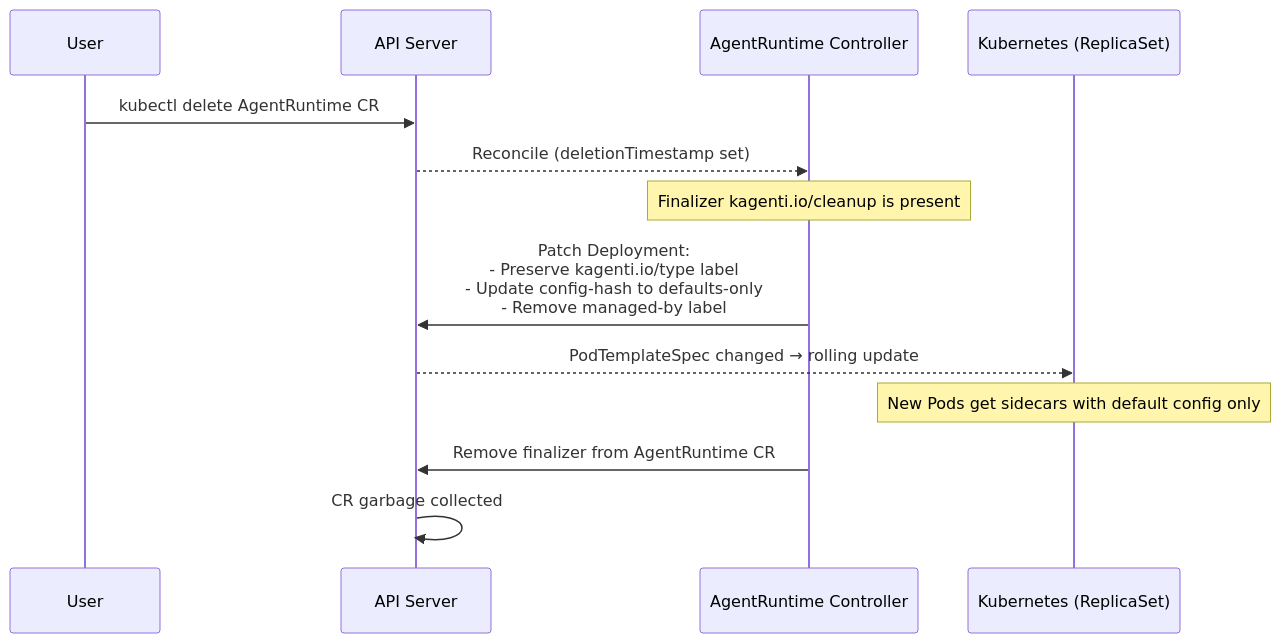
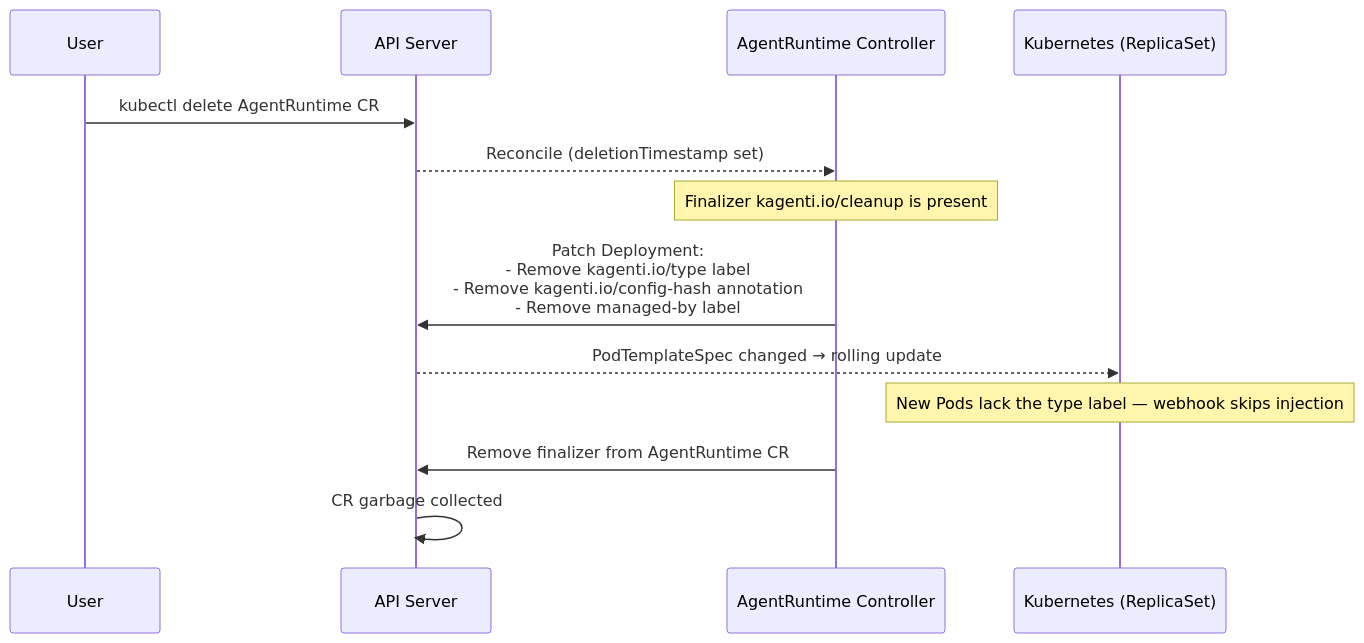
The fourth of 4 diagrams in kagenti-operator/docs/controller-webhook-interaction.md (opendatahub-io/agents-operator), drawn with Mermaid before and after one commit. The commit also changed 4 other files, not shown here.

First line of the commit message:
fix: remove kagenti.io/type label and config-hash on AgentRuntime deletion

````diff
--- a/kagenti-operator/docs/controller-webhook-interaction.md
+++ b/kagenti-operator/docs/controller-webhook-interaction.md
@@ -107,19 +107,19 @@
 ```mermaid
 sequenceDiagram
     participant User
     participant API as API Server
     participant Ctrl as AgentRuntime Controller
     participant K8s as Kubernetes (ReplicaSet)
 
     User->>API: kubectl delete AgentRuntime CR
     API-->>Ctrl: Reconcile (deletionTimestamp set)
 
     Note over Ctrl: Finalizer kagenti.io/cleanup is present
 
-    Ctrl->>API: Patch Deployment:<br/>- Preserve kagenti.io/type label<br/>- Update config-hash to defaults-only<br/>- Remove managed-by label
+    Ctrl->>API: Patch Deployment:<br/>- Remove kagenti.io/type label<br/>- Remove kagenti.io/config-hash annotation<br/>- Remove managed-by label
     API-->>K8s: PodTemplateSpec changed → rolling update
-    Note over K8s: New Pods get sidecars with default config only
+    Note over K8s: New Pods lack the type label — webhook skips injection
 
     Ctrl->>API: Remove finalizer from AgentRuntime CR
     API->>API: CR garbage collected
 ```
````
